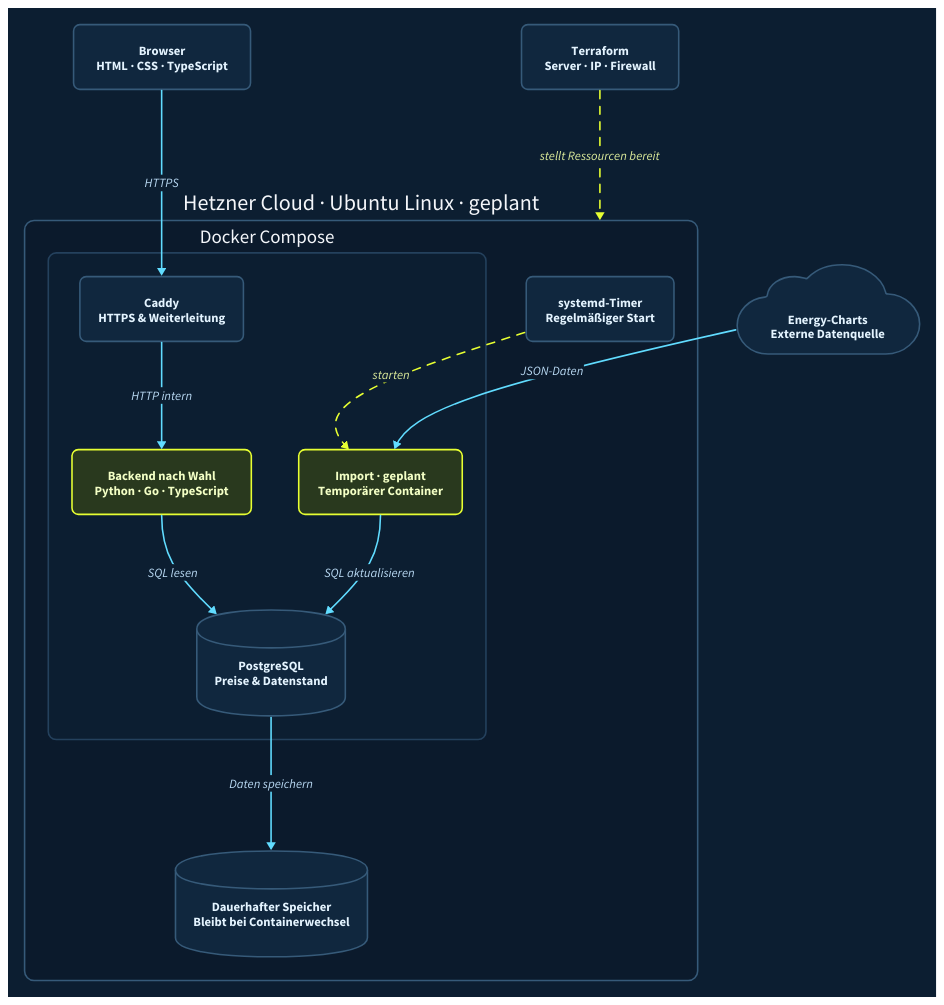
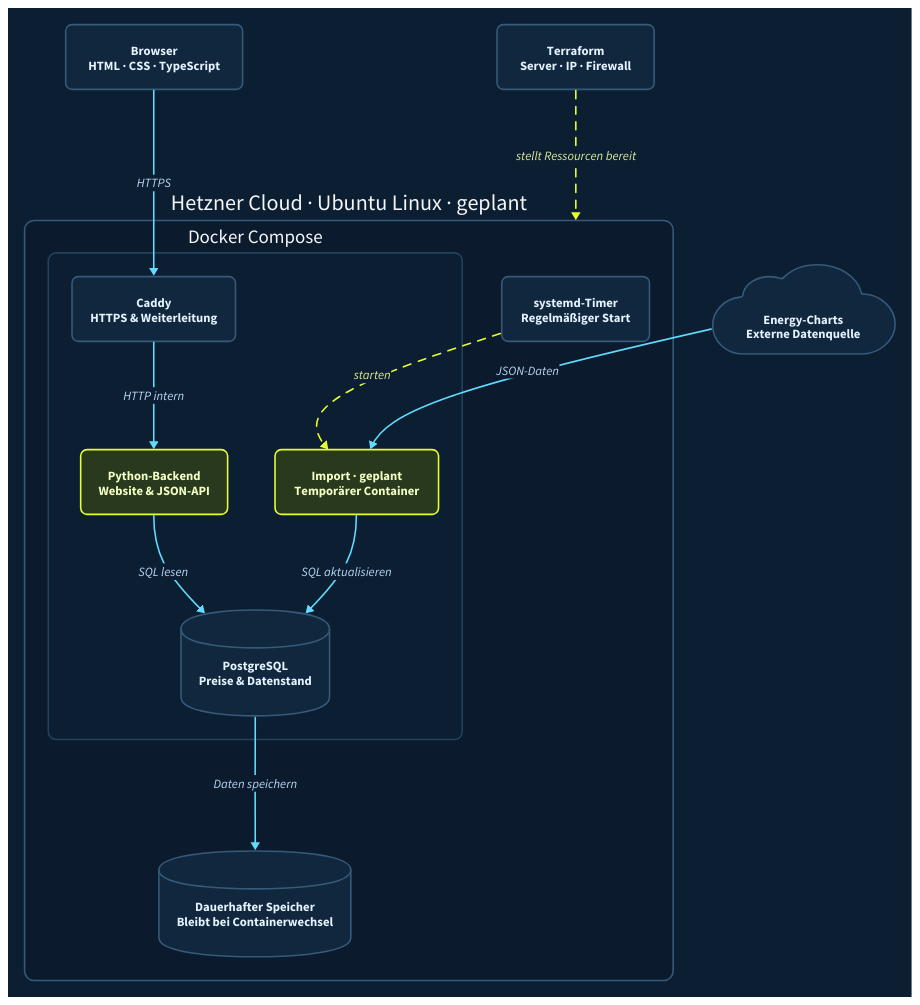
Before and after one commit to crnly/strom-dashboard: the diagram in diagrams/system.d2, drawn with D2. The commit also changed 17 other files, not shown here.

Commit message:
Simplify application to a single Python backend

```diff
--- a/diagrams/system.d2
+++ b/diagrams/system.d2
@@ -1,32 +1,32 @@
 vars: {d2-config: {theme-id: 201}}
 style: {fill: "#0C1E31"; font-color: "#E4F4FF"}
 # Geplanter Zielzustand. Noch keine laufende Infrastruktur.
 direction: down
 classes: {
   node: {style: {fill: "#10273E"; stroke: "#365A79"; font-color: "#E4F4FF"; border-radius: 8}}
   app: {style: {fill: "#29391E"; stroke: "#E7FF32"; font-color: "#F3FFC5"; border-radius: 8}}
   control: {style: {stroke: "#E7FF32"; stroke-dash: 5; font-color: "#DCEB9B"}}
 }
 browser: "Browser\nHTML · CSS · TypeScript" {class: node}
 source: "Energy-Charts\nExterne Datenquelle" {shape: cloud; class: node}
 terraform: "Terraform\nServer · IP · Firewall" {class: node}
 server: "Hetzner Cloud · Ubuntu Linux · geplant" {
   style: {fill: "#0B1A2C"; stroke: "#365A79"; border-radius: 12}
   containers: "Docker Compose" {
     style: {fill: "#0C1E31"; stroke: "#24415D"; border-radius: 10}
     caddy: "Caddy\nHTTPS & Weiterleitung" {class: node}
-    web: "Backend nach Wahl\nPython · Go · TypeScript" {class: app}
+    web: "Python-Backend\nWebsite & JSON-API" {class: app}
     db: "PostgreSQL\nPreise & Datenstand" {shape: cylinder; class: node}
     import: "Import · geplant\nTemporärer Container" {class: app}
   }
   timer: "systemd-Timer\nRegelmäßiger Start" {class: node}
   disk: "Dauerhafter Speicher\nBleibt bei Containerwechsel" {shape: cylinder; class: node}
 }
 browser -> server.containers.caddy: HTTPS {style: {stroke: "#61DCFF"; font-color: "#B8D8F2"}}
 server.containers.caddy -> server.containers.web: HTTP intern {style: {stroke: "#61DCFF"; font-color: "#B8D8F2"}}
 server.containers.web -> server.containers.db: SQL lesen {style: {stroke: "#61DCFF"; font-color: "#B8D8F2"}}
 server.timer -> server.containers.import: starten {class: control}
 source -> server.containers.import: JSON-Daten {style: {stroke: "#61DCFF"; font-color: "#B8D8F2"}}
 server.containers.import -> server.containers.db: SQL aktualisieren {style: {stroke: "#61DCFF"; font-color: "#B8D8F2"}}
 server.containers.db -> server.disk: Daten speichern {style: {stroke: "#61DCFF"; font-color: "#B8D8F2"}}
 terraform -> server: stellt Ressourcen bereit {class: control}
```
